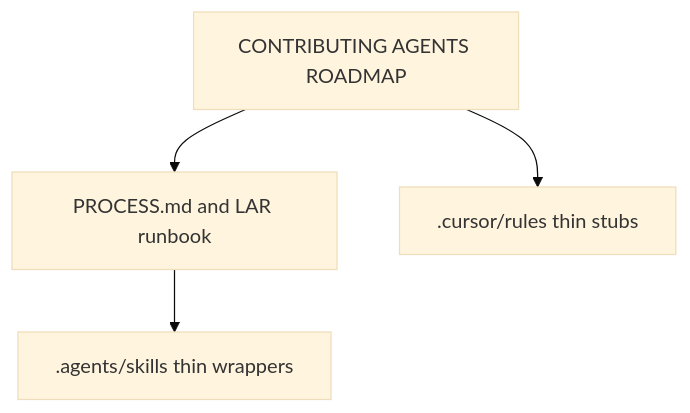
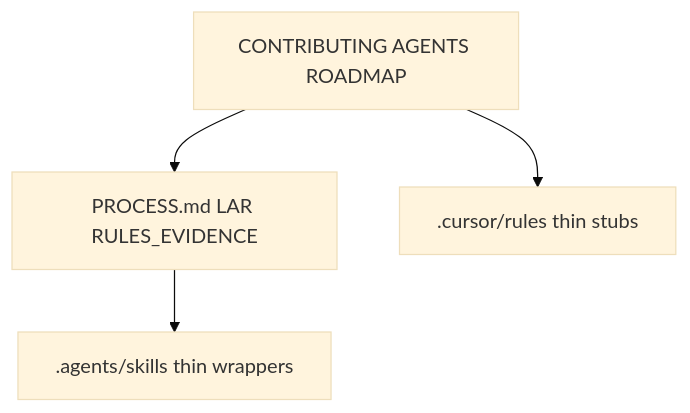
The diagram in .agents/README.md (witzbeck/mtg-loop-engine), drawn with Mermaid (base theme) before and after one commit. The commit also changed other lines of this file and 13 other files, not shown here.

First line of the commit message:
Add rules-evidence rails for deliberate physics growth. (#33)

````diff
--- a/.agents/README.md
+++ b/.agents/README.md
@@ -9,6 +9,6 @@
 ```mermaid
 graph TB;
-  auth[CONTRIBUTING AGENTS ROADMAP] --> process[PROCESS.md and LAR runbook];
+  auth[CONTRIBUTING AGENTS ROADMAP] --> process[PROCESS.md LAR RULES_EVIDENCE];
   process --> skills[.agents/skills thin wrappers];
   auth --> stubs[.cursor/rules thin stubs];
 ```
````
